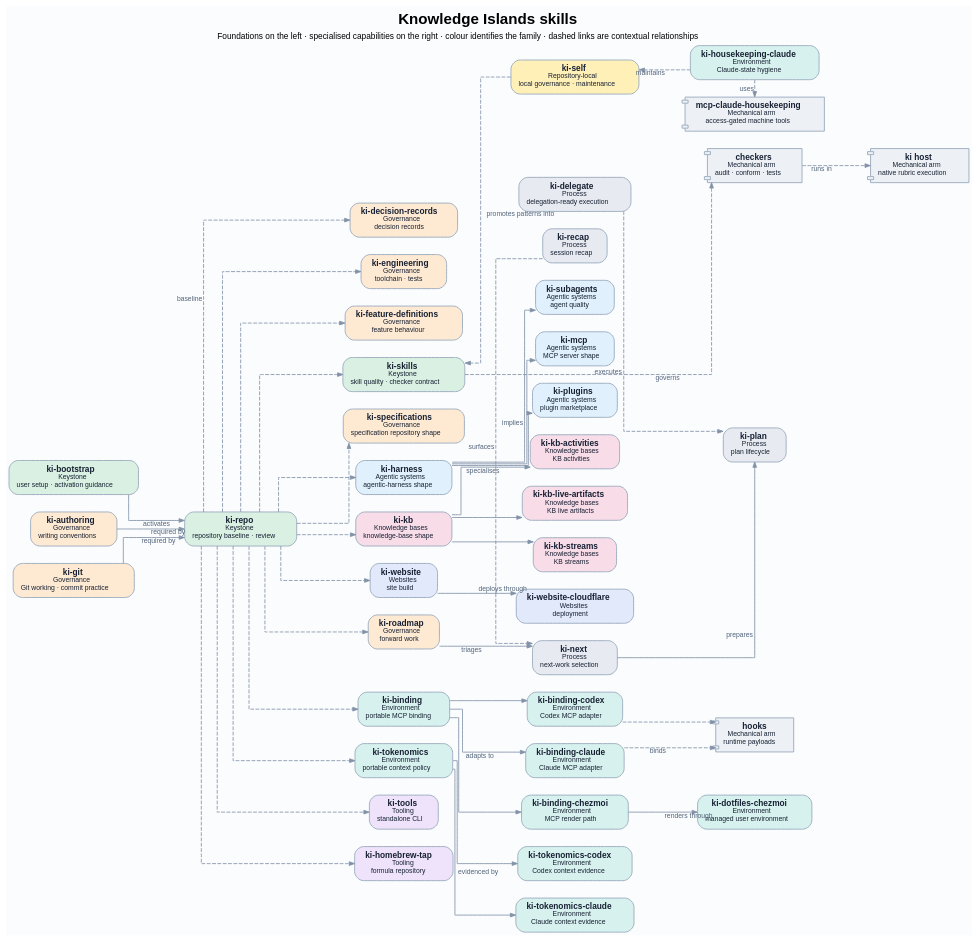
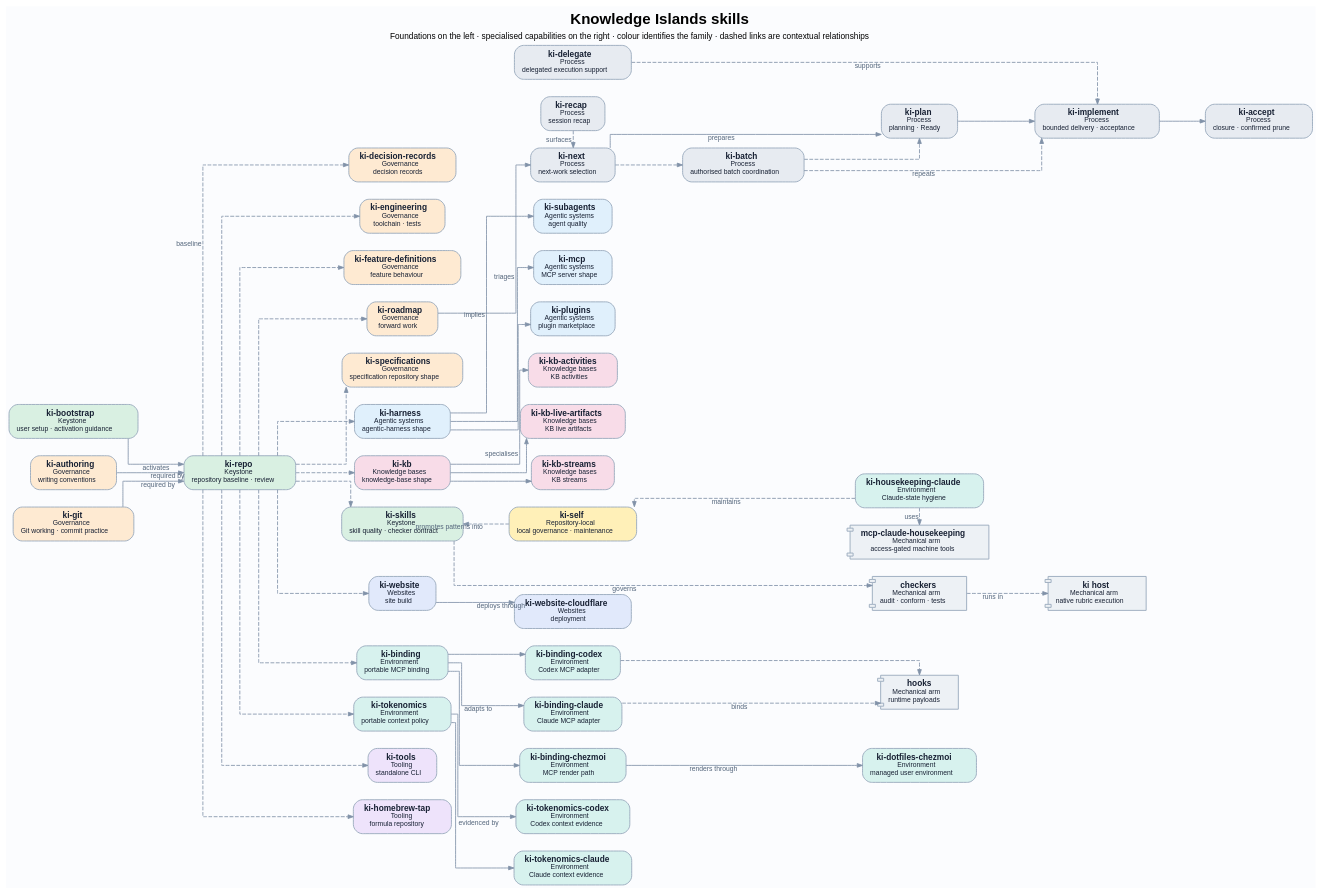
The diagram in docs/diagrams/skills-map.dot (knowledgeislands/arcadia-skills), drawn with Graphviz before and after one commit. The commit also changed 4 other files, not shown here.

Commit message:
docs(diagrams): map repository delivery lifecycle

```diff
--- a/docs/diagrams/skills-map.dot
+++ b/docs/diagrams/skills-map.dot
@@ -1,150 +1,159 @@
 // Canonical source for the harness skills map. DOT is authoritative; regenerate
 // skills-map.svg with: dot -Tsvg skills-map.dot -o skills-map.svg
 //
 // Flow is deliberately general-to-specialised, left-to-right. Colour and the
 // second line of each node identify the skill family; clusters would add a
 // competing spatial hierarchy and obscure the dependency flow.
 digraph skills_map {
   graph [
     bgcolor="#fbfcfe"
     fontname="Helvetica"
     fontsize=20
     label=<
       <b>Knowledge Islands skills</b><br/>
       <font point-size="11">Foundations on the left · specialised capabilities on the right · colour identifies the family · dashed links are contextual relationships</font>
     >
     labelloc=t
     margin=0.25
     nodesep=0.32
     rankdir=LR
     ranksep=0.85
     splines=ortho
   ]
 
   node [
     color="#9aaabd"
     fontcolor="#172033"
     fontname="Helvetica"
     fontsize=11
     margin="0.14,0.1"
     penwidth=1.2
     shape=box
     style="rounded,filled"
   ]
 
   edge [
     arrowsize=0.7
     color="#8192a8"
     fontcolor="#52647a"
     fontname="Helvetica"
     fontsize=9
     penwidth=1.1
   ]
 
   // Foundation and repository roots.
   bootstrap [fillcolor="#d9f0e2", label=< <b>ki-bootstrap</b><br/><font point-size="9">Keystone</font><br/><font point-size="9">user setup · activation guidance</font> >]
   repo [fillcolor="#d9f0e2", label=< <b>ki-repo</b><br/><font point-size="9">Keystone</font><br/><font point-size="9">repository baseline · review</font> >]
 
   // General standards and shared shapes.
   authoring [fillcolor="#feead2", label=< <b>ki-authoring</b><br/><font point-size="9">Governance</font><br/><font point-size="9">writing conventions</font> >]
   decisions [fillcolor="#feead2", label=< <b>ki-decision-records</b><br/><font point-size="9">Governance</font><br/><font point-size="9">decision records</font> >]
   engineering [fillcolor="#feead2", label=< <b>ki-engineering</b><br/><font point-size="9">Governance</font><br/><font point-size="9">toolchain · tests</font> >]
   features [fillcolor="#feead2", label=< <b>ki-feature-definitions</b><br/><font point-size="9">Governance</font><br/><font point-size="9">feature behaviour</font> >]
   git [fillcolor="#feead2", label=< <b>ki-git</b><br/><font point-size="9">Governance</font><br/><font point-size="9">Git working · commit practice</font> >]
   roadmap [fillcolor="#feead2", label=< <b>ki-roadmap</b><br/><font point-size="9">Governance</font><br/><font point-size="9">forward work</font> >]
   specifications [fillcolor="#feead2", label=< <b>ki-specifications</b><br/><font point-size="9">Governance</font><br/><font point-size="9">specification repository shape</font> >]
   skills [fillcolor="#d9f0e2", label=< <b>ki-skills</b><br/><font point-size="9">Keystone</font><br/><font point-size="9">skill quality · checker contract</font> >]
   harness [fillcolor="#e0f0fc", label=< <b>ki-harness</b><br/><font point-size="9">Agentic systems</font><br/><font point-size="9">agentic-harness shape</font> >]
   kb [fillcolor="#f8dce8", label=< <b>ki-kb</b><br/><font point-size="9">Knowledge bases</font><br/><font point-size="9">knowledge-base shape</font> >]
   website [fillcolor="#e1e9fb", label=< <b>ki-website</b><br/><font point-size="9">Websites</font><br/><font point-size="9">site build</font> >]
   binding [fillcolor="#d7f2ee", label=< <b>ki-binding</b><br/><font point-size="9">Environment</font><br/><font point-size="9">portable MCP binding</font> >]
   tokenomics [fillcolor="#d7f2ee", label=< <b>ki-tokenomics</b><br/><font point-size="9">Environment</font><br/><font point-size="9">portable context policy</font> >]
   tools [fillcolor="#eee3fb", label=< <b>ki-tools</b><br/><font point-size="9">Tooling</font><br/><font point-size="9">standalone CLI</font> >]
   tap [fillcolor="#eee3fb", label=< <b>ki-homebrew-tap</b><br/><font point-size="9">Tooling</font><br/><font point-size="9">formula repository</font> >]
 
   // Specialisations, process capabilities, and runtime-facing skills.
   agents [fillcolor="#e0f0fc", label=< <b>ki-subagents</b><br/><font point-size="9">Agentic systems</font><br/><font point-size="9">agent quality</font> >]
   mcp [fillcolor="#e0f0fc", label=< <b>ki-mcp</b><br/><font point-size="9">Agentic systems</font><br/><font point-size="9">MCP server shape</font> >]
   plugins [fillcolor="#e0f0fc", label=< <b>ki-plugins</b><br/><font point-size="9">Agentic systems</font><br/><font point-size="9">plugin marketplace</font> >]
   kb_activities [fillcolor="#f8dce8", label=< <b>ki-kb-activities</b><br/><font point-size="9">Knowledge bases</font><br/><font point-size="9">KB activities</font> >]
   kb_artifacts [fillcolor="#f8dce8", label=< <b>ki-kb-live-artifacts</b><br/><font point-size="9">Knowledge bases</font><br/><font point-size="9">KB live artifacts</font> >]
   kb_streams [fillcolor="#f8dce8", label=< <b>ki-kb-streams</b><br/><font point-size="9">Knowledge bases</font><br/><font point-size="9">KB streams</font> >]
   cloudflare [fillcolor="#e1e9fb", label=< <b>ki-website-cloudflare</b><br/><font point-size="9">Websites</font><br/><font point-size="9">deployment</font> >]
   binding_claude [fillcolor="#d7f2ee", label=< <b>ki-binding-claude</b><br/><font point-size="9">Environment</font><br/><font point-size="9">Claude MCP adapter</font> >]
   binding_codex [fillcolor="#d7f2ee", label=< <b>ki-binding-codex</b><br/><font point-size="9">Environment</font><br/><font point-size="9">Codex MCP adapter</font> >]
   binding_chezmoi [fillcolor="#d7f2ee", label=< <b>ki-binding-chezmoi</b><br/><font point-size="9">Environment</font><br/><font point-size="9">MCP render path</font> >]
   dotfiles [fillcolor="#d7f2ee", label=< <b>ki-dotfiles-chezmoi</b><br/><font point-size="9">Environment</font><br/><font point-size="9">managed user environment</font> >]
   housekeeping_claude [fillcolor="#d7f2ee", label=< <b>ki-housekeeping-claude</b><br/><font point-size="9">Environment</font><br/><font point-size="9">Claude-state hygiene</font> >]
   tokenomics_claude [fillcolor="#d7f2ee", label=< <b>ki-tokenomics-claude</b><br/><font point-size="9">Environment</font><br/><font point-size="9">Claude context evidence</font> >]
   tokenomics_codex [fillcolor="#d7f2ee", label=< <b>ki-tokenomics-codex</b><br/><font point-size="9">Environment</font><br/><font point-size="9">Codex context evidence</font> >]
-  delegate [fillcolor="#e7ebf1", label=< <b>ki-delegate</b><br/><font point-size="9">Process</font><br/><font point-size="9">delegation-ready execution</font> >]
+  accept [fillcolor="#e7ebf1", label=< <b>ki-accept</b><br/><font point-size="9">Process</font><br/><font point-size="9">closure · confirmed prune</font> >]
+  batch [fillcolor="#e7ebf1", label=< <b>ki-batch</b><br/><font point-size="9">Process</font><br/><font point-size="9">authorised batch coordination</font> >]
+  delegate [fillcolor="#e7ebf1", label=< <b>ki-delegate</b><br/><font point-size="9">Process</font><br/><font point-size="9">delegated execution support</font> >]
+  implement [fillcolor="#e7ebf1", label=< <b>ki-implement</b><br/><font point-size="9">Process</font><br/><font point-size="9">bounded delivery · acceptance</font> >]
   next [fillcolor="#e7ebf1", label=< <b>ki-next</b><br/><font point-size="9">Process</font><br/><font point-size="9">next-work selection</font> >]
-  plan [fillcolor="#e7ebf1", label=< <b>ki-plan</b><br/><font point-size="9">Process</font><br/><font point-size="9">plan lifecycle</font> >]
+  plan [fillcolor="#e7ebf1", label=< <b>ki-plan</b><br/><font point-size="9">Process</font><br/><font point-size="9">planning · Ready</font> >]
   recap [fillcolor="#e7ebf1", label=< <b>ki-recap</b><br/><font point-size="9">Process</font><br/><font point-size="9">session recap</font> >]
   self [fillcolor="#fff0b8", label=< <b>ki-self</b><br/><font point-size="9">Repository-local</font><br/><font point-size="9">local governance · maintenance</font> >]
 
   // The runtime arms are deliberately visibly secondary: they are not skills.
   checkers [fillcolor="#edf1f5", label=< <b>checkers</b><br/><font point-size="9">Mechanical arm</font><br/><font point-size="9">audit · conform · tests</font> >, shape=component]
   native_host [fillcolor="#edf1f5", label=< <b>ki host</b><br/><font point-size="9">Mechanical arm</font><br/><font point-size="9">native rubric execution</font> >, shape=component]
   mcp_housekeeping [fillcolor="#edf1f5", label=< <b>mcp-claude-housekeeping</b><br/><font point-size="9">Mechanical arm</font><br/><font point-size="9">access-gated machine tools</font> >, shape=component]
   hooks [fillcolor="#edf1f5", label=< <b>hooks</b><br/><font point-size="9">Mechanical arm</font><br/><font point-size="9">runtime payloads</font> >, shape=component]
 
   // Left-to-right layers are semantic, not family-based.
   { rank=same; bootstrap; authoring; git }
   { rank=same; repo }
   { rank=same; decisions; engineering; features; roadmap; specifications; skills; harness; kb; website; binding; tokenomics; tools; tap }
   { rank=same; agents; mcp; plugins; kb_activities; kb_artifacts; kb_streams; cloudflare; binding_claude; binding_codex; binding_chezmoi; tokenomics_claude; tokenomics_codex; delegate; next; recap; self }
   { rank=same; dotfiles; housekeeping_claude; plan; checkers; mcp_housekeeping; hooks }
-  { rank=same; native_host }
+  { rank=same; implement; native_host }
+  { rank=same; accept }
 
   // Formal ki-repo prerequisites. The remaining links below are conceptual
   // baseline / specialisation relationships, not implicit ki-depends-on edges.
   bootstrap -> repo [xlabel="activates"]
   authoring -> repo [xlabel="required by"]
   git -> repo [xlabel="required by"]
 
   // Repository baseline: these skills establish a repository's shared contract.
   repo -> decisions [xlabel="baseline", style=dashed]
   repo -> engineering [style=dashed]
   repo -> features [style=dashed]
   repo -> roadmap [style=dashed]
   repo -> specifications [style=dashed]
   repo -> skills [style=dashed]
   repo -> harness [style=dashed]
   repo -> kb [style=dashed]
   repo -> website [style=dashed]
   repo -> binding [style=dashed]
   repo -> tokenomics [style=dashed]
   repo -> tools [style=dashed]
   repo -> tap [style=dashed]
 
   // Shape and capability specialisation.
   harness -> agents [xlabel="implies"]
   harness -> mcp
   harness -> plugins
   kb -> kb_activities [xlabel="specialises"]
   kb -> kb_artifacts
   kb -> kb_streams
   website -> cloudflare [xlabel="deploys through"]
   binding -> binding_claude [xlabel="adapts to"]
   binding -> binding_codex
   binding -> binding_chezmoi
   binding_chezmoi -> dotfiles [xlabel="renders through"]
   tokenomics -> tokenomics_claude [xlabel="evidenced by"]
   tokenomics -> tokenomics_codex
 
   // Process and local-governance relationships.
   roadmap -> next [xlabel="triages"]
   next -> plan [xlabel="prepares"]
   recap -> next [xlabel="surfaces", style=dashed]
-  delegate -> plan [xlabel="executes", style=dashed]
+  next -> batch [style=dashed]
+  batch -> plan [style=dashed]
+  plan -> implement
+  batch -> implement [xlabel="repeats", style=dashed]
+  delegate -> implement [xlabel="supports", style=dashed]
+  implement -> accept
   self -> skills [xlabel="promotes patterns into", style=dashed]
   housekeeping_claude -> self [xlabel="maintains", style=dashed]
 
   // Hosted runtime relationships.
   skills -> checkers [xlabel="governs", style=dashed]
   checkers -> native_host [xlabel="runs in", style=dashed]
   housekeeping_claude -> mcp_housekeeping [xlabel="uses", style=dashed]
   binding_claude -> hooks [xlabel="binds", style=dashed]
   binding_codex -> hooks [style=dashed]
 }
```
